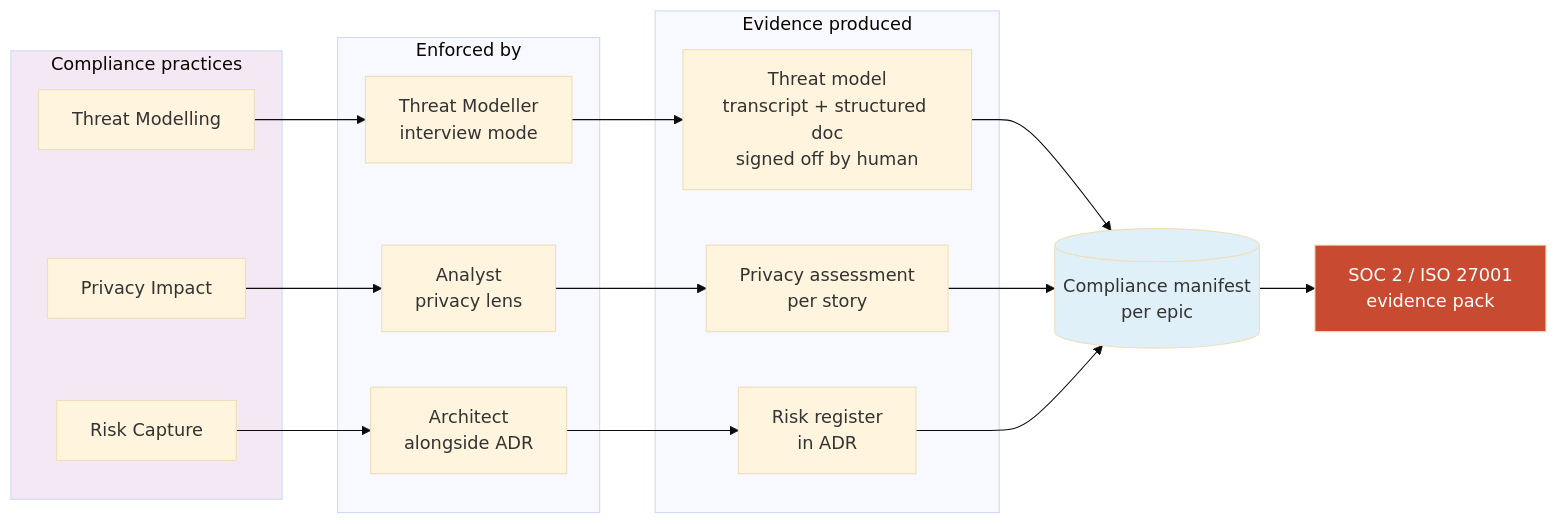
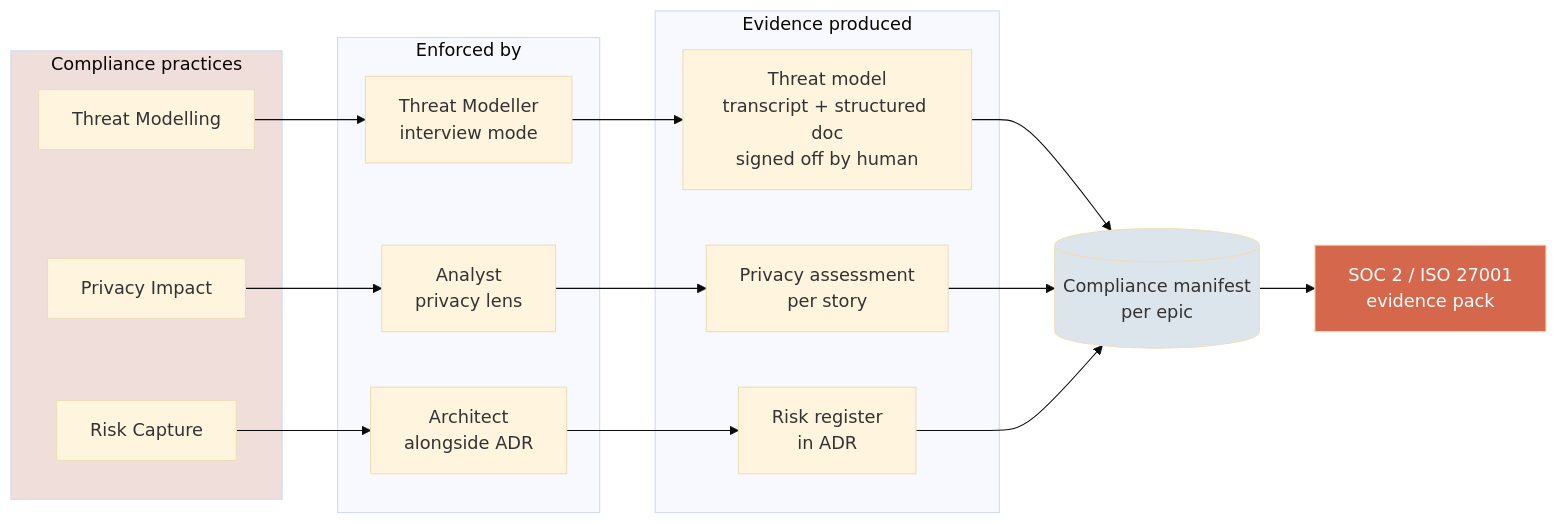
Before and after one commit to nlawstudio/ai-refinement-method: diagram 13 of 17 in METHOD.md, drawn with Mermaid (base theme). The commit also changed other lines of this file and 1 other file, not shown here.

````diff
--- a/METHOD.md
+++ b/METHOD.md
@@ -1025,34 +1046,34 @@
 ```mermaid
 flowchart LR
     subgraph Practices["Compliance practices"]
         TM[Threat Modelling]
         PI[Privacy Impact]
         RC[Risk Capture]
     end
 
     subgraph Enforcement["Enforced by"]
         TMRole[Threat Modeller<br/>interview mode]
         AnRole[Analyst<br/>privacy lens]
         ArRole[Architect<br/>alongside ADR]
     end
 
     subgraph Evidence["Evidence produced"]
         TMA[Threat model<br/>transcript + structured doc<br/>signed off by human]
         PIA[Privacy assessment<br/>per story]
         RCA[Risk register<br/>in ADR]
     end
 
     TM --> TMRole --> TMA
     PI --> AnRole --> PIA
     RC --> ArRole --> RCA
 
     TMA --> Manifest[(Compliance manifest<br/>per epic)]
     PIA --> Manifest
     RCA --> Manifest
 
     Manifest --> Audit[SOC 2 / ISO 27001<br/>evidence pack]
 
-    style Practices fill:#f4e8f4
-    style Manifest fill:#e0f0f8
-    style Audit fill:#C84B31,color:#fff
+    style Practices fill:#EFDED9
+    style Manifest fill:#DCE4EC
+    style Audit fill:#D5674C,color:#fff
 ```
````
